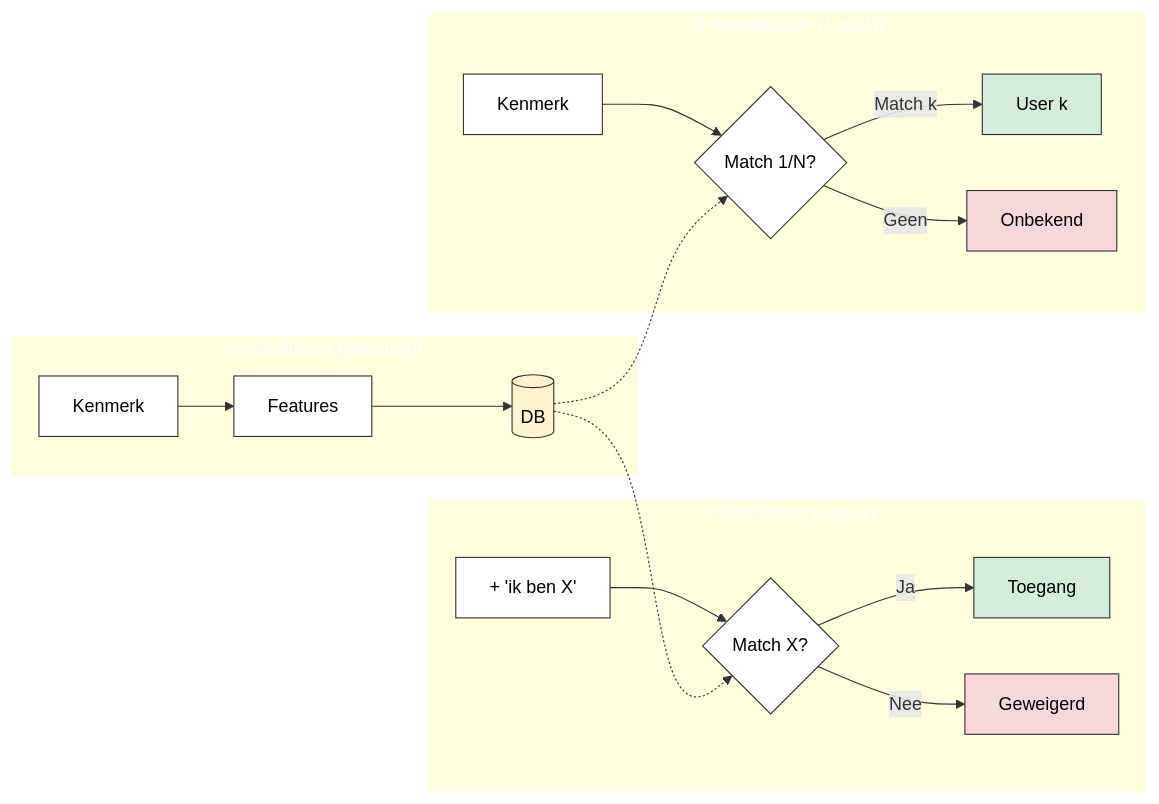
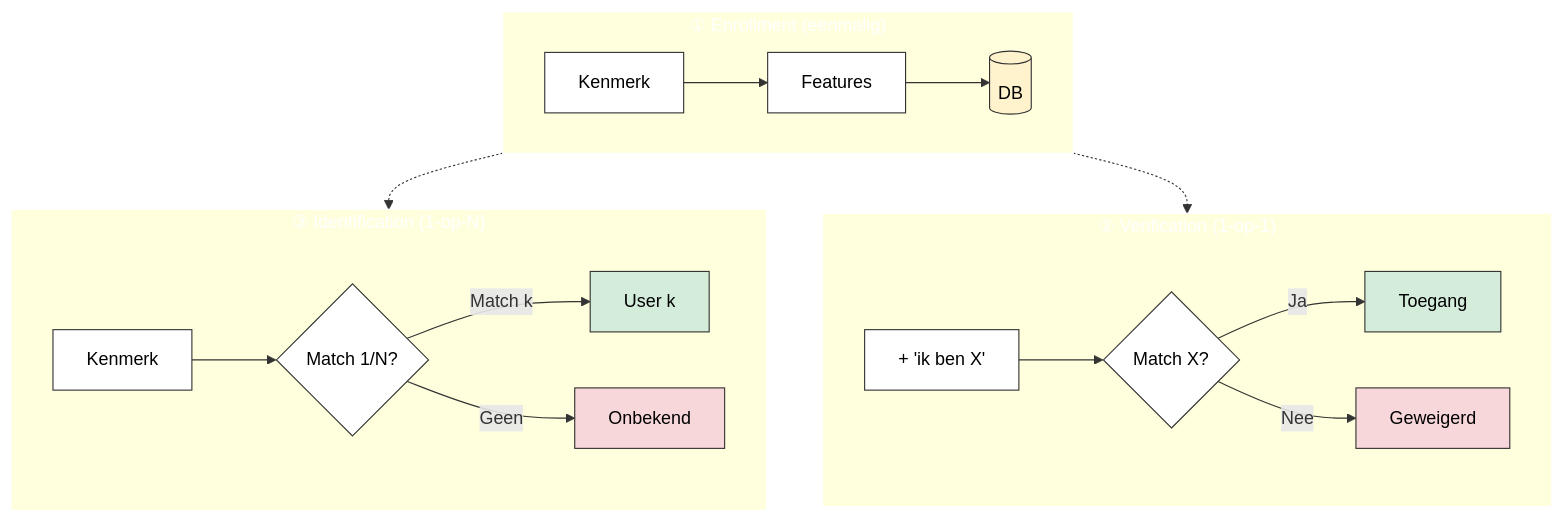
One commit to timdams/cyberboswachters_boek changed the fourth of 6 diagrams in cyberboswachters/slides/authenticatie.qmd. Above: the diagram before and after it, drawn with Mermaid. The commit also changed other lines of this file and 12 other files, not shown here.

````diff
--- a/cyberboswachters/slides/authenticatie.qmd
+++ b/cyberboswachters/slides/authenticatie.qmd
@@ -574,25 +582,28 @@
 ```{mermaid}
 %%{init: {"flowchart": {"useMaxWidth": true}} }%%
-flowchart LR
+flowchart TB
     classDef box fill:#ffffff,stroke:#333,color:#000,stroke-width:1px
     classDef db fill:#fff3cd,stroke:#333,color:#000,stroke-width:1px
     classDef good fill:#d4edda,stroke:#333,color:#000,stroke-width:1px
     classDef bad fill:#f8d7da,stroke:#333,color:#000,stroke-width:1px
     classDef cluster color:#ffffff,stroke:#ffffff
     subgraph ENR["① Enrollment (eenmalig)"]
+        direction LR
         E1[Kenmerk]:::box --> E2[Features]:::box --> E3[(DB)]:::db
     end
     subgraph VER["② Verification (1-op-1)"]
+        direction LR
         V1["+ 'ik ben X'"]:::box --> V3{Match X?}:::box
         V3 -->|Ja| V4[Toegang]:::good
         V3 -->|Nee| V5[Geweigerd]:::bad
     end
     subgraph IDE["③ Identification (1-op-N)"]
+        direction LR
         I1[Kenmerk]:::box --> I3{Match 1/N?}:::box
         I3 -->|Match k| I4[User k]:::good
         I3 -->|Geen| I5[Onbekend]:::bad
     end
     E3 -.-> V3
     E3 -.-> I3
     class ENR,VER,IDE cluster
 ```
````
